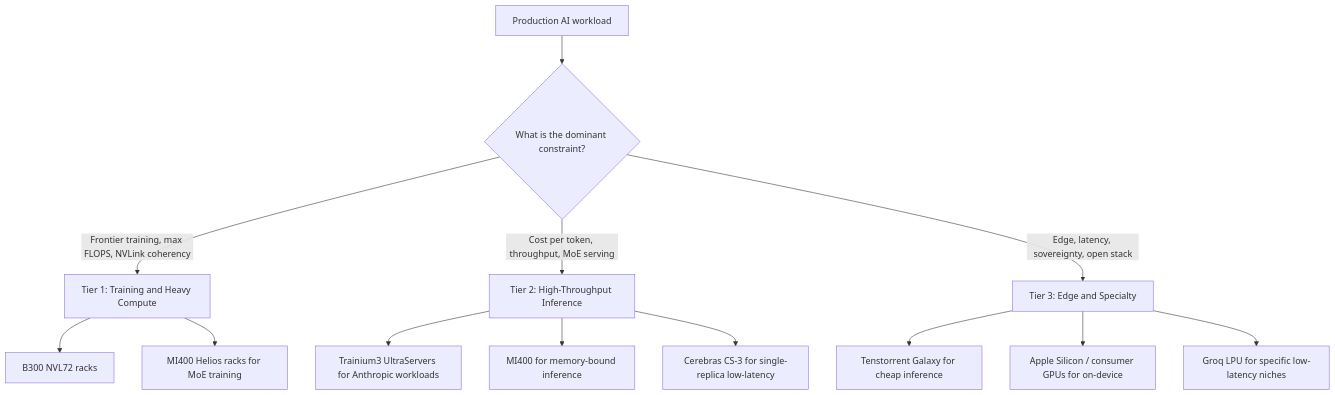
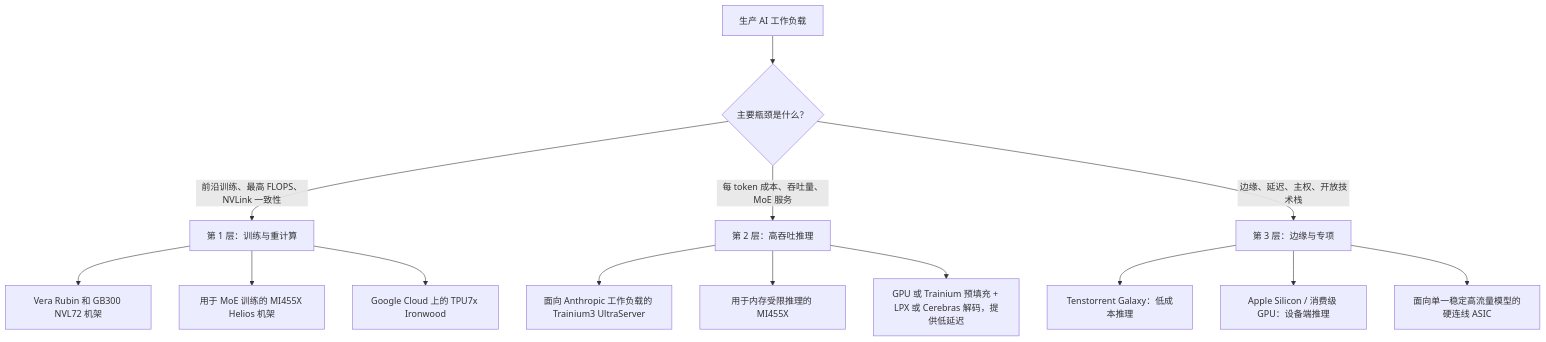
One commit to ChiHoc/ai-system-design-guide-zh changed the second of 2 diagrams in 11-infrastructure-and-mlops/01-llm-infrastructure.md. Above: the diagram before and after it, drawn with Mermaid. The commit also changed other lines of this file and 149 other files, not shown here.

````diff
--- a/11-infrastructure-and-mlops/01-llm-infrastructure.md
+++ b/11-infrastructure-and-mlops/01-llm-infrastructure.md
@@ -553,18 +657,19 @@
 ```mermaid
 flowchart TD
-    A[Production AI workload] --> B{What is the dominant constraint?}
-    B -->|Frontier training, max FLOPS, NVLink coherency| C[Tier 1: Training and Heavy Compute]
-    B -->|Cost per token, throughput, MoE serving| D[Tier 2: High-Throughput Inference]
-    B -->|Edge, latency, sovereignty, open stack| E[Tier 3: Edge and Specialty]
+    A[生产 AI 工作负载] --> B{主要瓶颈是什么？}
+    B -->|前沿训练、最高 FLOPS、NVLink 一致性| C[第 1 层：训练与重计算]
+    B -->|每 token 成本、吞吐量、MoE 服务| D[第 2 层：高吞吐推理]
+    B -->|边缘、延迟、主权、开放技术栈| E[第 3 层：边缘与专项]
 
-    C --> C1[B300 NVL72 racks]
-    C --> C2[MI400 Helios racks for MoE training]
+    C --> C1[Vera Rubin 和 GB300 NVL72 机架]
+    C --> C2[用于 MoE 训练的 MI455X Helios 机架]
+    C --> C3[Google Cloud 上的 TPU7x Ironwood]
 
-    D --> D1[Trainium3 UltraServers for Anthropic workloads]
-    D --> D2[MI400 for memory-bound inference]
-    D --> D3[Cerebras CS-3 for single-replica low-latency]
+    D --> D1[面向 Anthropic 工作负载的 Trainium3 UltraServer]
+    D --> D2[用于内存受限推理的 MI455X]
+    D --> D3[GPU 或 Trainium 预填充 + LPX 或 Cerebras 解码，提供低延迟]
 
-    E --> E1[Tenstorrent Galaxy for cheap inference]
-    E --> E2[Apple Silicon / consumer GPUs for on-device]
-    E --> E3[Groq LPU for specific low-latency niches]
+    E --> E1[Tenstorrent Galaxy：低成本推理]
+    E --> E2[Apple Silicon / 消费级 GPU：设备端推理]
+    E --> E3[面向单一稳定高流量模型的硬连线 ASIC]
 ```
````
